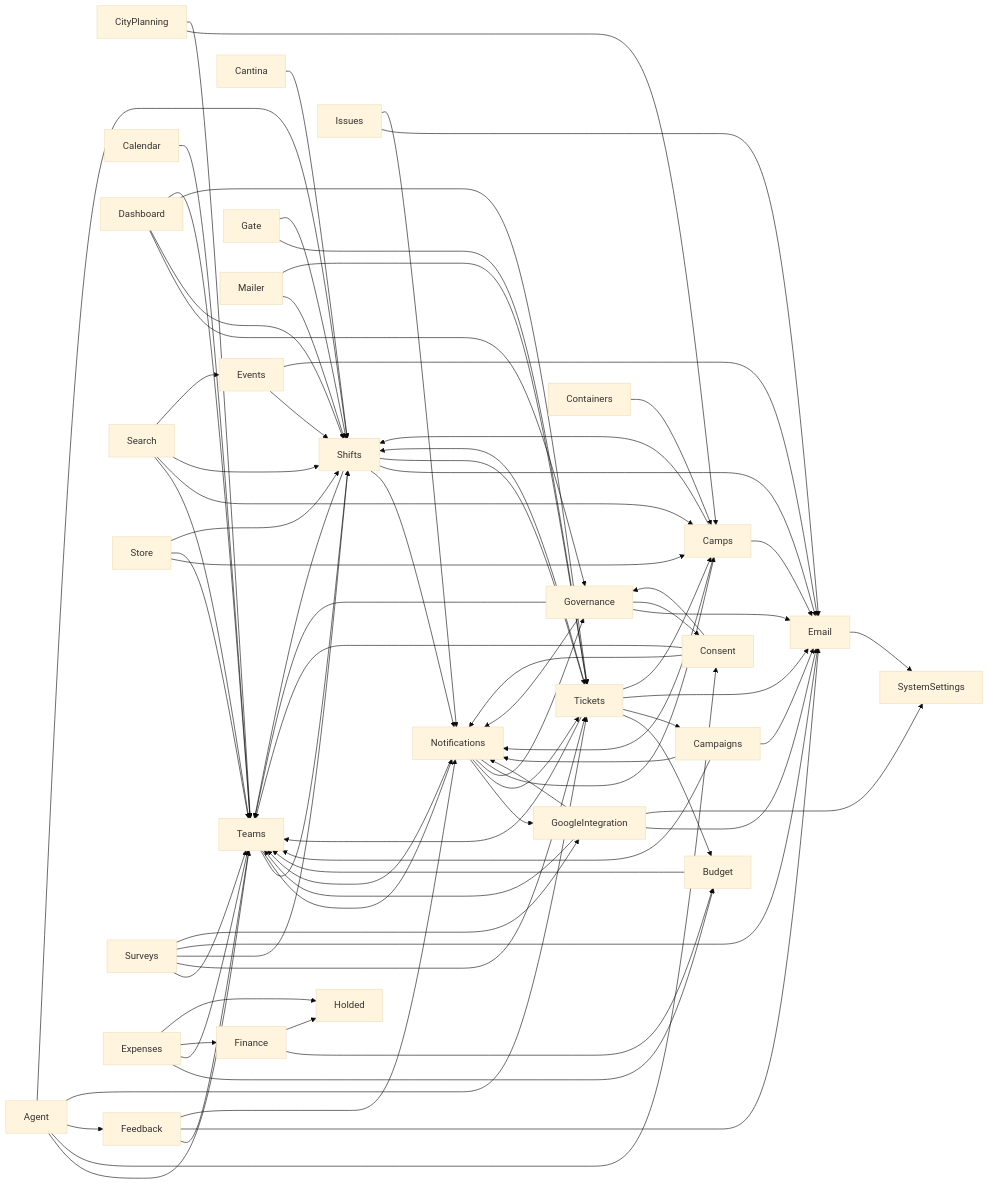
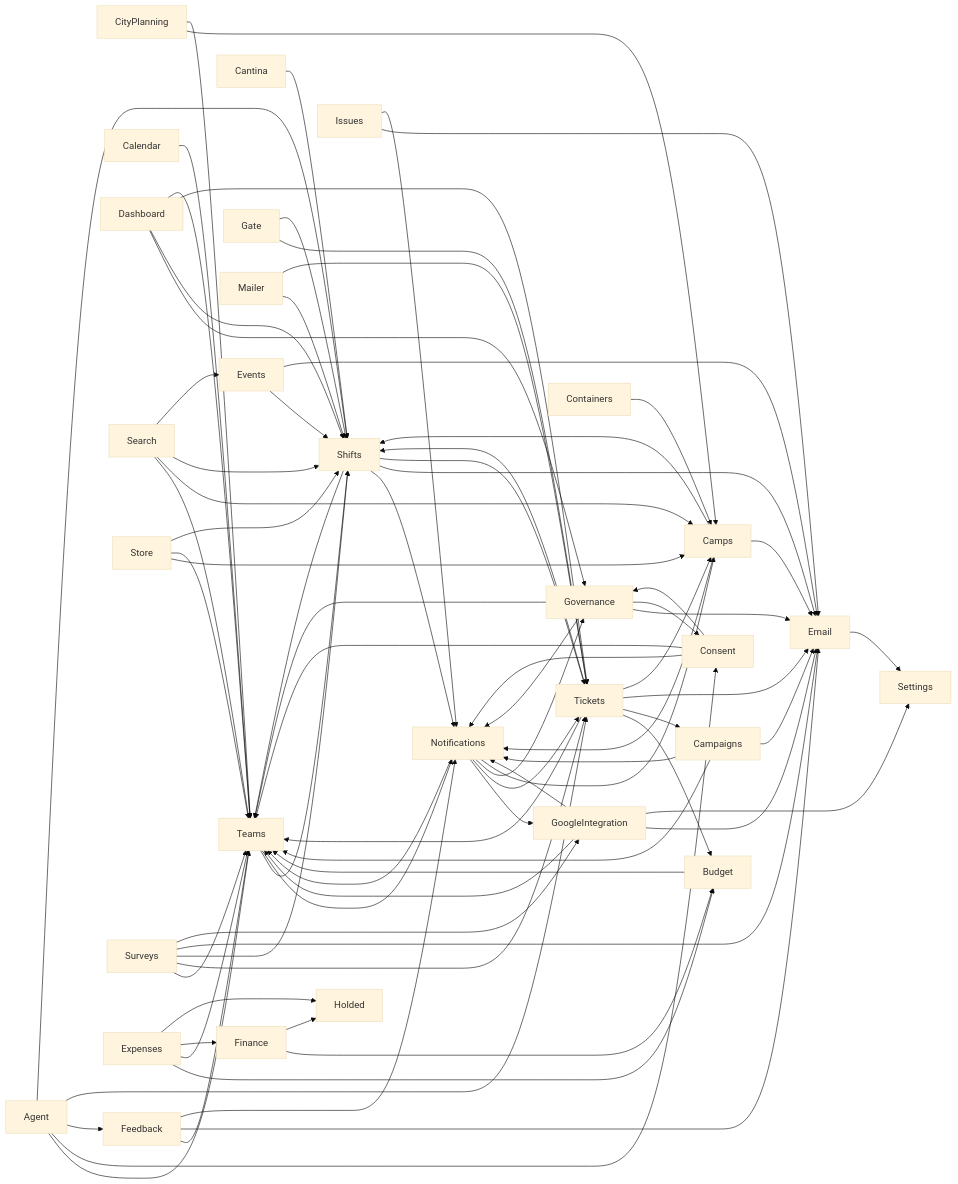
Before and after one commit to peterdrier/Humans: the diagram in docs/plans/2026-08-03-section-dependency-dag.md, drawn with Mermaid (base theme). The commit also changed other lines of this file and 38 other files, not shown here.

```diff
--- a/docs/plans/2026-08-03-section-dependency-dag.md
+++ b/docs/plans/2026-08-03-section-dependency-dag.md
@@ -111,7 +122,7 @@
     BD[Budget]
     CG[Campaigns]
     GI[GoogleIntegration]
-    SS[SystemSettings]
+    SS[Settings]
     FB[Feedback]
     FN[Finance]
     CL[Calendar]
```
